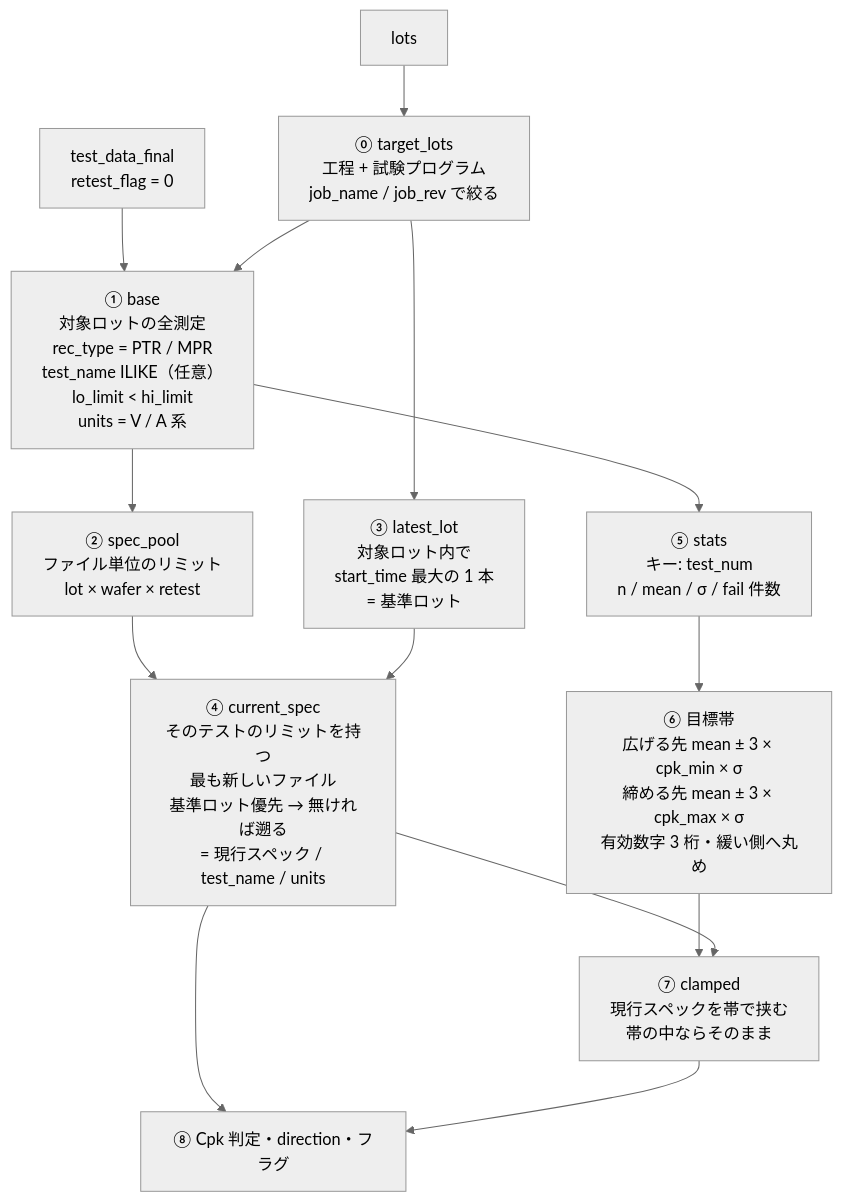
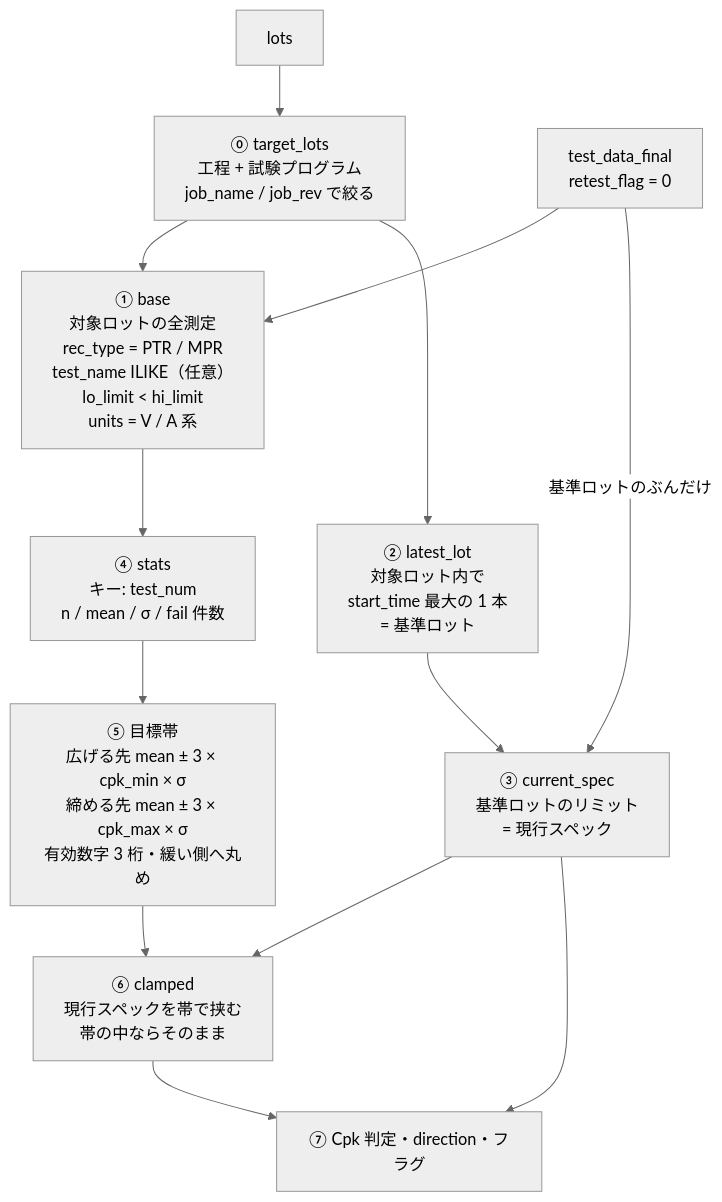
One commit to Kei0bb/STDF changed the first of 6 diagrams in docs/sample_queries.md. Above: the diagram before and after it, drawn with Mermaid (neutral theme). The commit also changed other lines of this file, not shown here.

````diff
--- a/docs/sample_queries.md
+++ b/docs/sample_queries.md
@@ -845,19 +844,18 @@
 ```mermaid
 flowchart TD
     LO["lots"] --> TL["⓪ target_lots<br/>工程 + 試験プログラム<br/>job_name / job_rev で絞る"]
     TD["test_data_final<br/>retest_flag = 0"] --> BASE
     TL --> BASE
     BASE["① base<br/>対象ロットの全測定<br/>rec_type = PTR / MPR<br/>test_name ILIKE（任意）<br/>lo_limit &lt; hi_limit<br/>units = V / A 系"]
 
-    BASE --> SP["② spec_pool<br/>ファイル単位のリミット<br/>lot × wafer × retest"]
-    TL --> LL["③ latest_lot<br/>対象ロット内で<br/>start_time 最大の 1 本<br/>= 基準ロット"]
-    SP --> CS["④ current_spec<br/>そのテストのリミットを持つ<br/>最も新しいファイル<br/>基準ロット優先 → 無ければ遡る<br/>= 現行スペック / test_name / units"]
-    LL --> CS
+    TL --> LL["② latest_lot<br/>対象ロット内で<br/>start_time 最大の 1 本<br/>= 基準ロット"]
+    LL --> CS["③ current_spec<br/>基準ロットのリミット<br/>= 現行スペック"]
+    TD -->|"基準ロットのぶんだけ"| CS
 
-    BASE --> ST["⑤ stats<br/>キー: test_num<br/>n / mean / σ / fail 件数"]
-    ST --> CAND["⑥ 目標帯<br/>広げる先 mean ± 3 × cpk_min × σ<br/>締める先 mean ± 3 × cpk_max × σ<br/>有効数字 3 桁・緩い側へ丸め"]
-    CAND --> CL["⑦ clamped<br/>現行スペックを帯で挟む<br/>帯の中ならそのまま"]
+    BASE --> ST["④ stats<br/>キー: test_num<br/>n / mean / σ / fail 件数"]
+    ST --> CAND["⑤ 目標帯<br/>広げる先 mean ± 3 × cpk_min × σ<br/>締める先 mean ± 3 × cpk_max × σ<br/>有効数字 3 桁・緩い側へ丸め"]
+    CAND --> CL["⑥ clamped<br/>現行スペックを帯で挟む<br/>帯の中ならそのまま"]
     CS --> CL
-    CS --> JUDGE["⑧ Cpk 判定・direction・フラグ"]
+    CS --> JUDGE["⑦ Cpk 判定・direction・フラグ"]
     CL --> JUDGE
 ```
````
